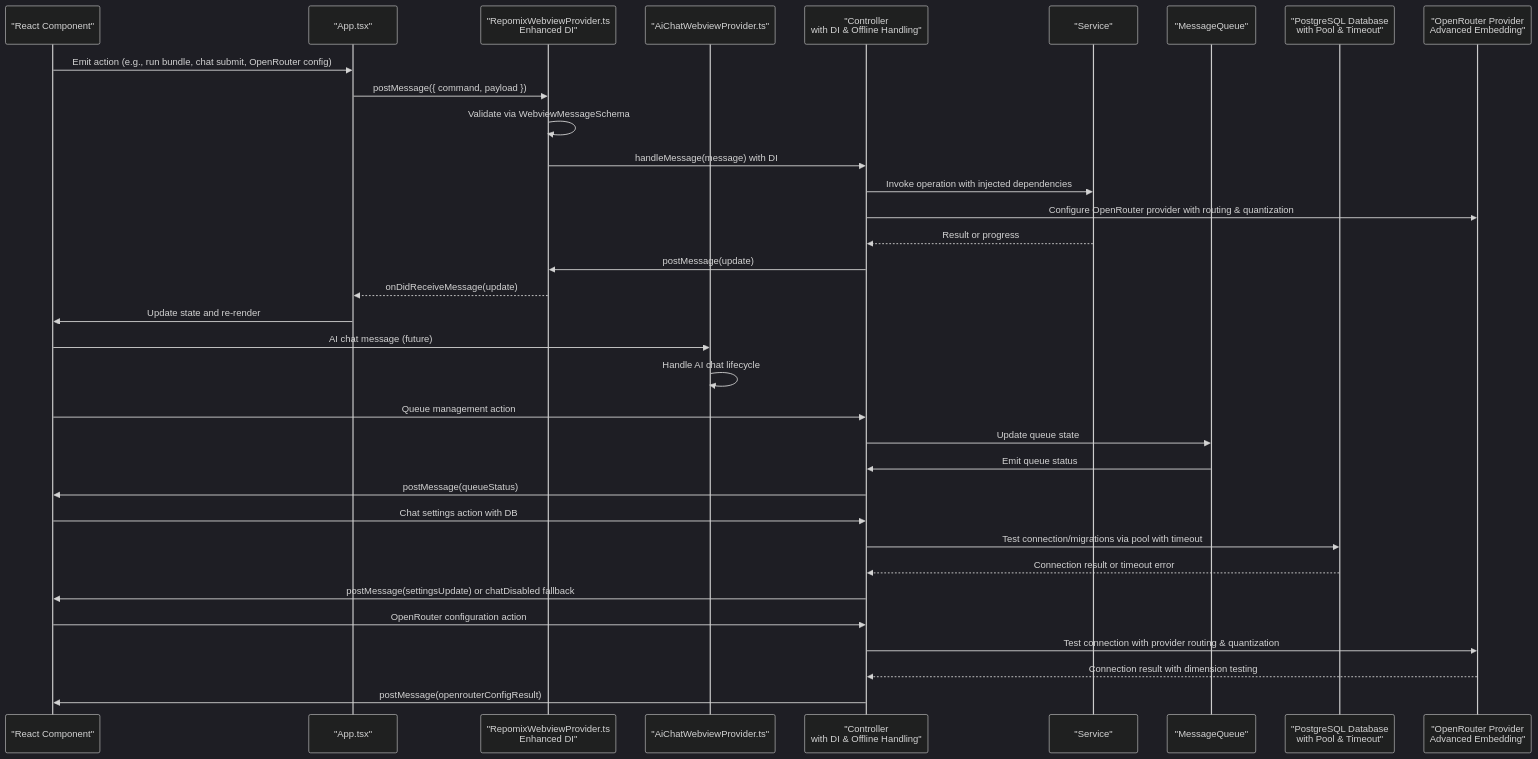
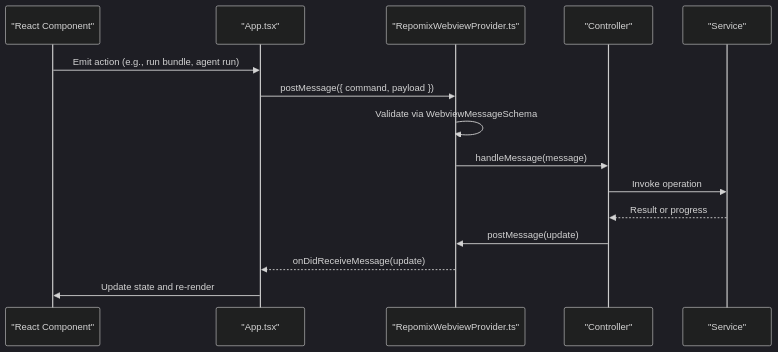
One commit to bramburn/repomix-runner changed the second of 10 diagrams in .qoder/repowiki/en/content/Webview Interface/Webview Interface.md. Above: the diagram before and after it, drawn with Mermaid (dark theme). The commit also changed other lines of this file and 41 other files, not shown here.

First line of the commit message:
feat(config): implement auto-generated Qdrant collection names and streamline settings

````diff
--- a/.qoder/repowiki/en/content/Webview Interface/Webview Interface.md
+++ b/.qoder/repowiki/en/content/Webview Interface/Webview Interface.md
@@ -297,36 +167,17 @@
 ```mermaid
 sequenceDiagram
 participant UI as "React Component"
 participant APP as "App.tsx"
-participant RPV as "RepomixWebviewProvider.ts<br/>Enhanced DI"
-participant AICHPV as "AiChatWebviewProvider.ts"
-participant CTRL as "Controller<br/>with DI & Offline Handling"
+participant RPV as "RepomixWebviewProvider.ts"
+participant CTRL as "Controller"
 participant SVC as "Service"
-participant QUEUE as "MessageQueue"
-participant DB as "PostgreSQL Database<br/>with Pool & Timeout"
-participant OPENROUTER as "OpenRouter Provider<br/>Advanced Embedding"
-UI->>APP : Emit action (e.g., run bundle, chat submit, OpenRouter config)
+UI->>APP : Emit action (e.g., run bundle, agent run)
 APP->>RPV : postMessage({ command, payload })
 RPV->>RPV : Validate via WebviewMessageSchema
-RPV->>CTRL : handleMessage(message) with DI
-CTRL->>SVC : Invoke operation with injected dependencies
-CTRL->>OPENROUTER : Configure OpenRouter provider with routing & quantization
+RPV->>CTRL : handleMessage(message)
+CTRL->>SVC : Invoke operation
 SVC-->>CTRL : Result or progress
 CTRL->>RPV : postMessage(update)
 RPV-->>APP : onDidReceiveMessage(update)
 APP->>UI : Update state and re-render
-UI->>AICHPV : AI chat message (future)
-AICHPV->>AICHPV : Handle AI chat lifecycle
-UI->>CTRL : Queue management action
-CTRL->>QUEUE : Update queue state
-QUEUE->>CTRL : Emit queue status
-CTRL->>UI : postMessage(queueStatus)
-UI->>CTRL : Chat settings action with DB
-CTRL->>DB : Test connection/migrations via pool with timeout
-DB-->>CTRL : Connection result or timeout error
-CTRL->>UI : postMessage(settingsUpdate) or chatDisabled fallback
-UI->>CTRL : OpenRouter configuration action
-CTRL->>OPENROUTER : Test connection with provider routing & quantization
-OPENROUTER-->>CTRL : Connection result with dimension testing
-CTRL->>UI : postMessage(openrouterConfigResult)
 ```
````
